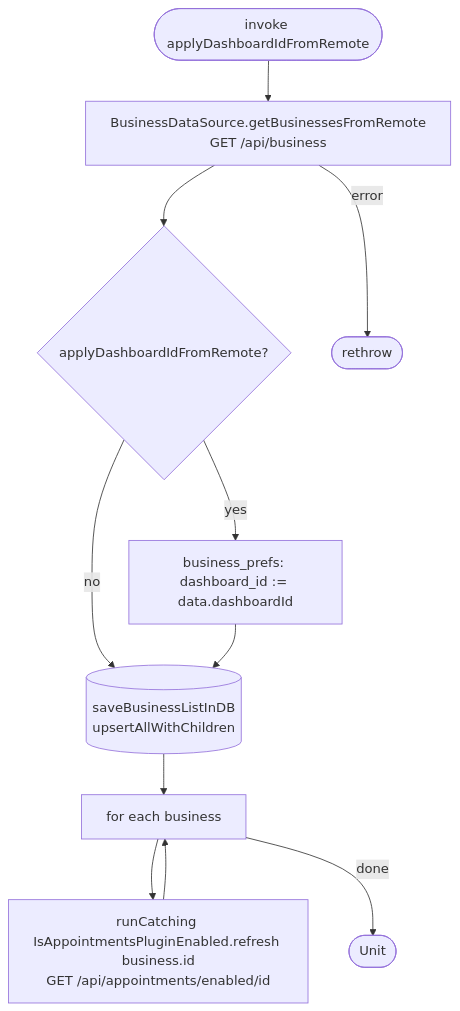
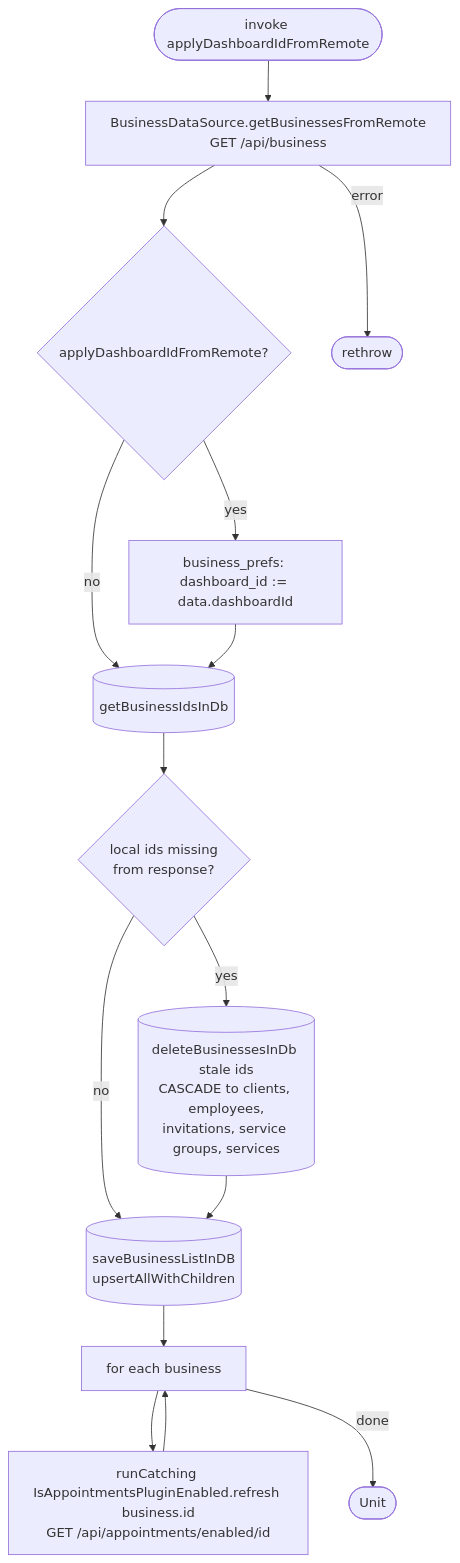
The diagram in docs/operations/business/refresh-business-info.md (nocturneproperties/bookkme-client), drawn with Mermaid before and after one commit. The commit also changed other lines of this file and 79 other files, not shown here.

````diff
--- a/docs/operations/business/refresh-business-info.md
+++ b/docs/operations/business/refresh-business-info.md
@@ -16,13 +23,17 @@
 ```mermaid
 flowchart TD
     Start([invoke applyDashboardIdFromRemote]) --> Net[BusinessDataSource.getBusinessesFromRemote<br/>GET /api/business]
     Net --> Apply{applyDashboardIdFromRemote?}
     Apply -- yes --> SaveId[business_prefs: dashboard_id := data.dashboardId]
-    Apply -- no --> Save
-    SaveId --> Save[(saveBusinessListInDB<br/>upsertAllWithChildren)]
+    Apply -- no --> Ids
+    SaveId --> Ids[(getBusinessIdsInDb)]
+    Ids --> Stale{local ids missing<br/>from response?}
+    Stale -- yes --> Del[(deleteBusinessesInDb stale ids<br/>CASCADE to clients, employees,<br/>invitations, service groups, services)]
+    Stale -- no --> Save
+    Del --> Save[(saveBusinessListInDB<br/>upsertAllWithChildren)]
     Save --> Loop[for each business]
     Loop --> Plug[runCatching IsAppointmentsPluginEnabled.refresh business.id<br/>GET /api/appointments/enabled/id]
     Plug --> Loop
     Loop -- done --> R([Unit])
     Net -- error --> EX([rethrow])
 ```
````
